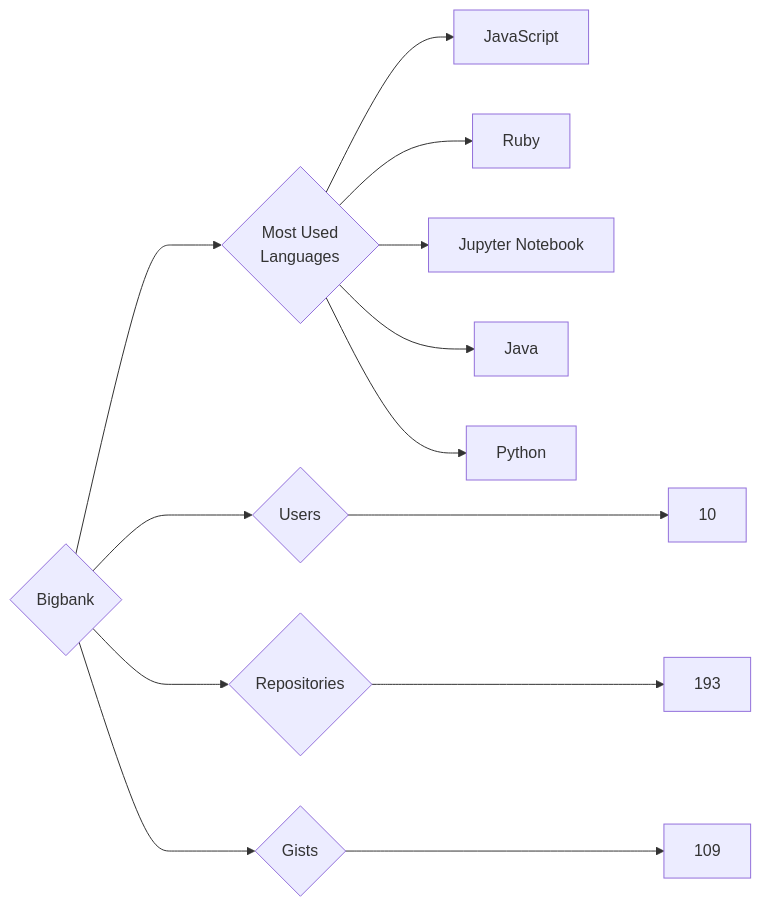
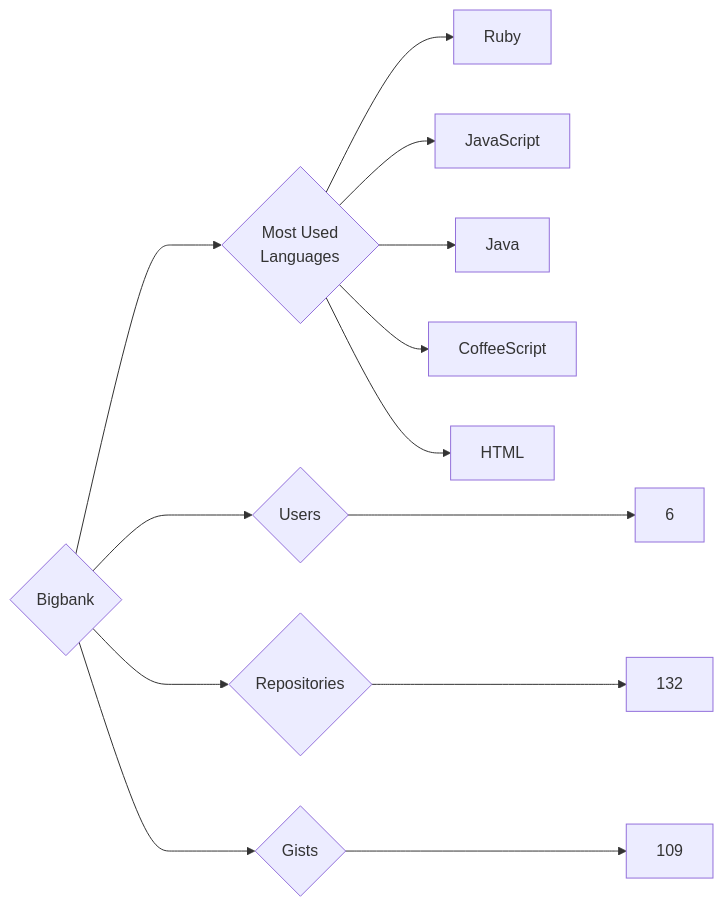
The diagram in targets/Bigbank/README.md (trickest/insiders), drawn with Mermaid before and after one commit. The commit also changed 951 other files, not shown here.

````diff
--- a/targets/Bigbank/README.md
+++ b/targets/Bigbank/README.md
@@ -3,13 +3,13 @@
 ```mermaid
 graph LR
 COMPANY_NAME{Bigbank}
-COMPANY_NAME ---> U{Users} ---> UN[10]
-COMPANY_NAME ---> R{Repositories} ---> RN[193]
+COMPANY_NAME ---> U{Users} ---> UN[6]
+COMPANY_NAME ---> R{Repositories} ---> RN[132]
 COMPANY_NAME ---> G{Gists} ---> GN[109]
 COMPANY_NAME ---> ML{Most Used<br>Languages}
+ML --> Ruby[Ruby]
 ML --> JavaScript[JavaScript]
-ML --> Ruby[Ruby]
-ML --> Jupyter_Notebook[Jupyter Notebook]
 ML --> Java[Java]
-ML --> Python[Python]
+ML --> CoffeeScript[CoffeeScript]
+ML --> HTML[HTML]
 ```
````
